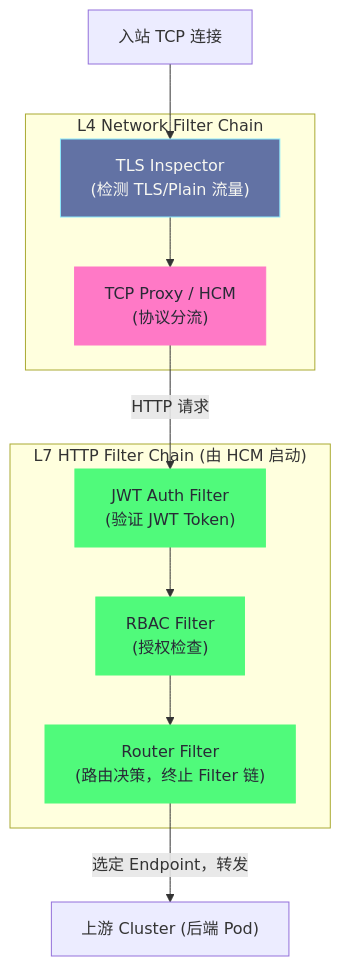
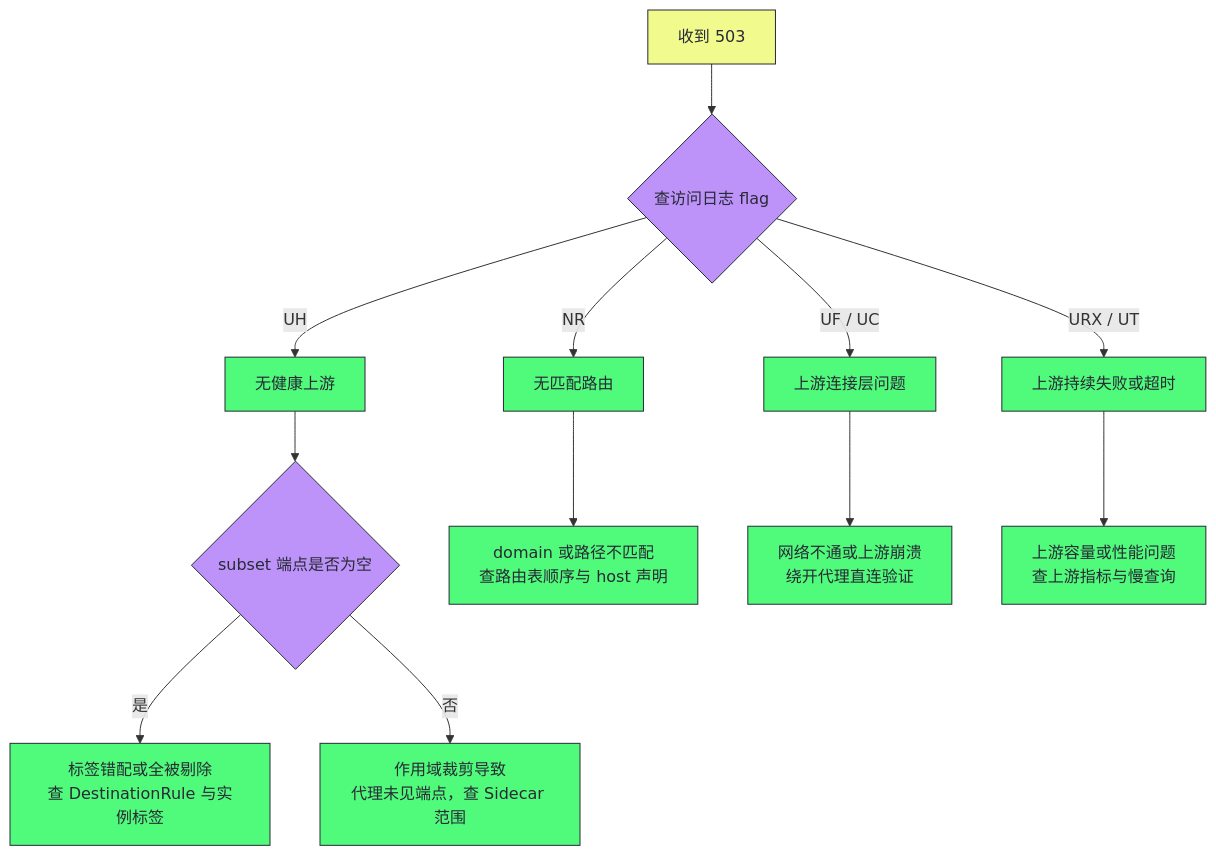
Before and after one commit to hpliStartAgain/my-brain: the third of 3 diagrams in content/云原生/服务网格/03 Envoy代理——线程模型、Filter链与连接管理.md, drawn with Mermaid. The commit also changed other lines of this file and 47 other files, not shown here.

````diff
--- a/content/云原生/服务网格/03 Envoy代理——线程模型、Filter链与连接管理.md
+++ b/content/云原生/服务网格/03 Envoy代理——线程模型、Filter链与连接管理.md
@@ -163,33 +429,22 @@
 ```mermaid
 %%{init: {'theme': 'dracula'}}%%
-graph TD
-    classDef l4 fill:#6272a4,stroke:#8be9fd,color:#f8f8f2
-    classDef l7 fill:#50fa7b,stroke:#50fa7b,color:#282a36
-    classDef hcm fill:#ff79c6,stroke:#ff79c6,color:#282a36
+flowchart TD
+    A["收到 503"] --> B{"查访问日志 flag"}
+    B -->|UH| C["无健康上游"]
+    B -->|NR| D["无匹配路由"]
+    B -->|UF / UC| E["上游连接层问题"]
+    B -->|URX / UT| F["上游持续失败或超时"]
+    C --> C1{"subset 端点是否为空"}
+    C1 -->|"是"| C2["标签错配或全被剔除<br/>查 DestinationRule 与实例标签"]
+    C1 -->|"否"| C3["作用域裁剪导致<br/>代理未见端点，查 Sidecar 范围"]
+    D --> D1["domain 或路径不匹配<br/>查路由表顺序与 host 声明"]
+    E --> E1["网络不通或上游崩溃<br/>绕开代理直连验证"]
+    F --> F1["上游容量或性能问题<br/>查上游指标与慢查询"]
 
-    InboundConn["入站 TCP 连接"]
-
-    subgraph "L4 Network Filter Chain"
-        TLS["TLS Inspector</br>(检测 TLS/Plain 流量)"]
-        TCPProxy["TCP Proxy / HCM</br>(协议分流)"]
-    end
-
-    subgraph "L7 HTTP Filter Chain (由 HCM 启动)"
-        JWT["JWT Auth Filter</br>(验证 JWT Token)"]
-        RBAC["RBAC Filter</br>(授权检查)"]
-        Router["Router Filter</br>(路由决策，终止 Filter 链)"]
-    end
-
-    Upstream["上游 Cluster (后端 Pod)"]
-
-    InboundConn --> TLS
-    TLS --> TCPProxy
-    TCPProxy -->|"HTTP 请求"| JWT
-    JWT --> RBAC
-    RBAC --> Router
-    Router -->|"选定 Endpoint，转发"| Upstream
-
-    class TLS,TCPProxy l4
-    class JWT,RBAC,Router l7
-    class TCPProxy hcm
+    classDef entry fill:#f1fa8c,stroke:#282a36,color:#282a36
+    classDef branch fill:#bd93f9,stroke:#282a36,color:#282a36
+    classDef action fill:#50fa7b,stroke:#282a36,color:#282a36
+    class A entry
+    class B,C1 branch
+    class C,C2,C3,D,D1,E,E1,F,F1 action
 ```
````
